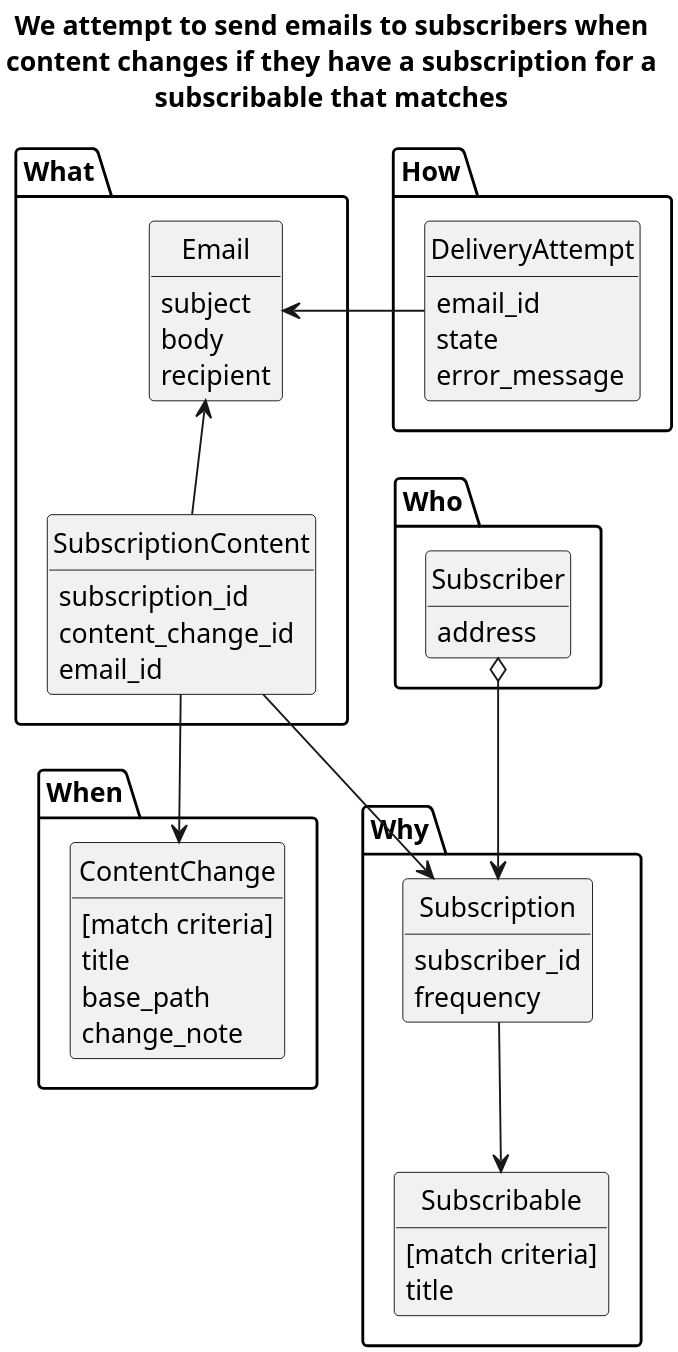
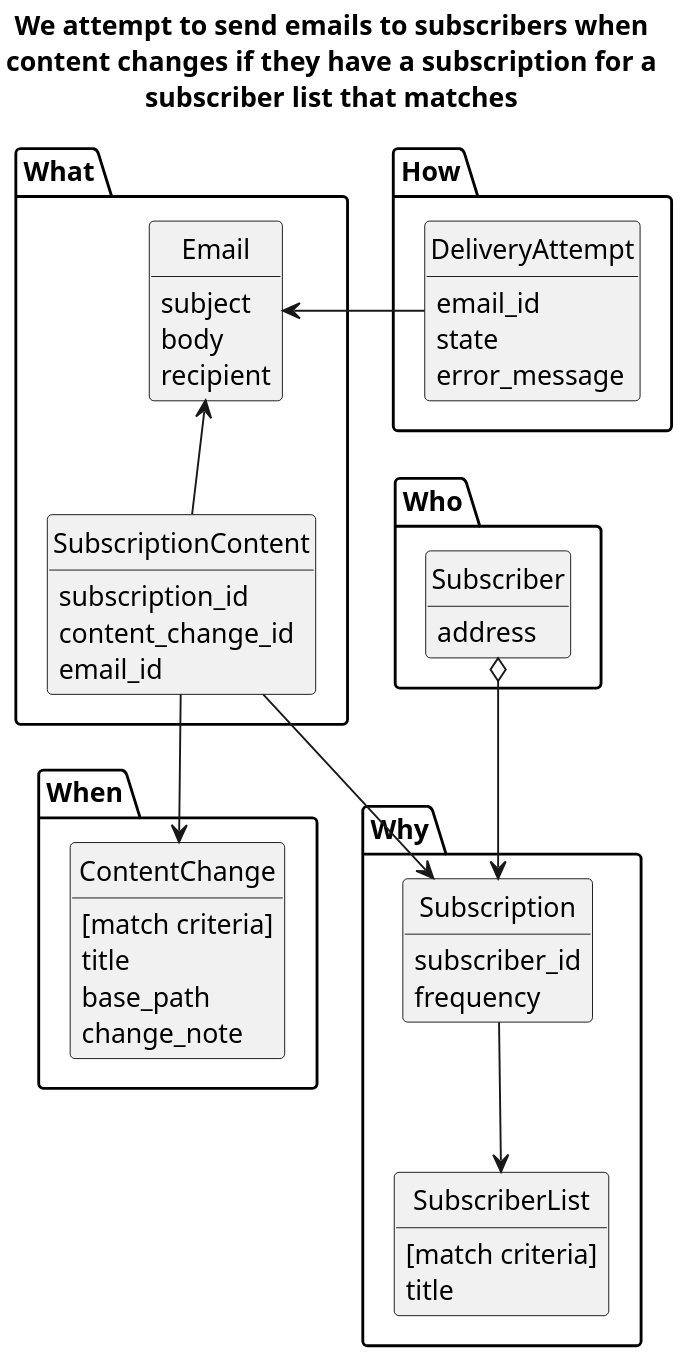
One commit to alphagov/email-alert-api changed the diagram in doc/domain.puml. Above: the diagram before and after it, drawn with PlantUML. The commit also changed 1 other file, not shown here.

```diff
--- a/doc/domain.puml
+++ b/doc/domain.puml
@@ -1,70 +1,70 @@
 @startuml
 
 title We attempt to send emails to subscribers when\n\
 content changes if they have a subscription for a\n\
-subscribable that matches
+subscriber list that matches
 
 hide circle
 hide empty methods
 skinparam shadowing false
 skinparam dpi 300
 
 package "When" {
   class ContentChange {
     [match criteria]
     title
     base_path
     change_note
   }
 }
 
 package "Who" {
   class Subscriber {
     address
   }
 }
 
 package "Why" {
-  class Subscribable {
+  class SubscriberList {
     [match criteria]
     title
   }
 
   class Subscription {
     subscriber_id
     frequency
   }
 }
 
 package "What" {
   class SubscriptionContent {
     subscription_id
     content_change_id
     email_id
   }
 
   class Email {
     subject
     body
     recipient
   }
 }
 
 package "How" {
   class DeliveryAttempt {
     email_id
     state
     error_message
   }
 }
 
 Subscriber o-down-> Subscription
-Subscription -down-> Subscribable
+Subscription -down-> SubscriberList
 
 SubscriptionContent -down-> Subscription
 SubscriptionContent -down-> ContentChange
 SubscriptionContent -up-> Email
 
 DeliveryAttempt -left-> Email
 
 @enduml
```
